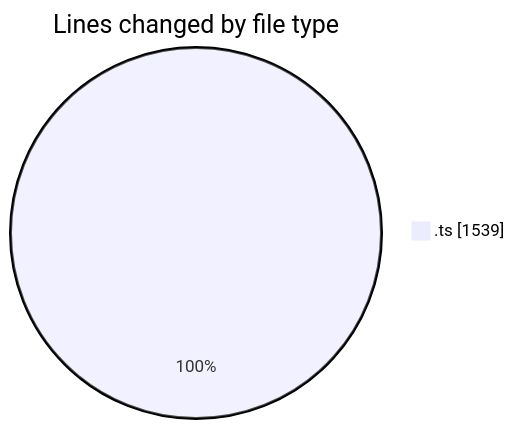
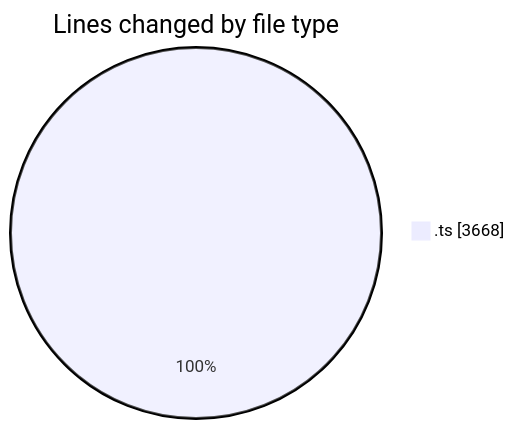
Before and after one commit to tmsrecording-cyber/code-tracking: the first of 2 diagrams in 2026-02-09/singularitybrainai/README.md, drawn with Mermaid. The commit also changed other lines of this file and 1 other file, not shown here.

````diff
--- a/2026-02-09/singularitybrainai/README.md
+++ b/2026-02-09/singularitybrainai/README.md
@@ -26,5 +30,5 @@
 ```mermaid
 pie showData
 title Lines changed by file type
-".ts" : 1539
+".ts" : 3668
 ```
````
